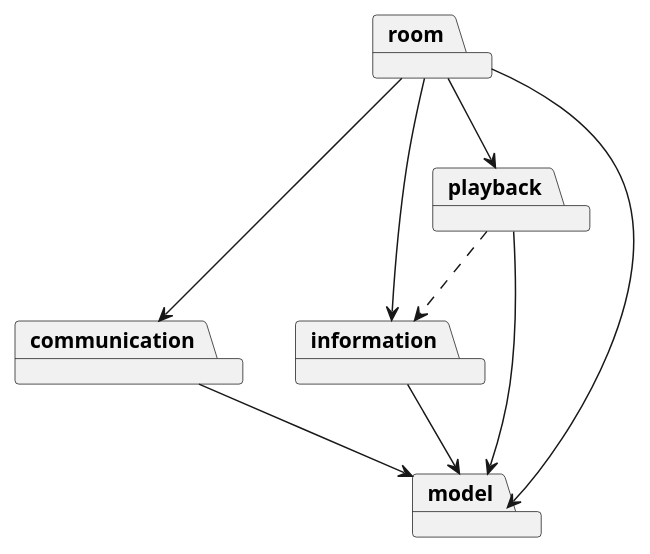
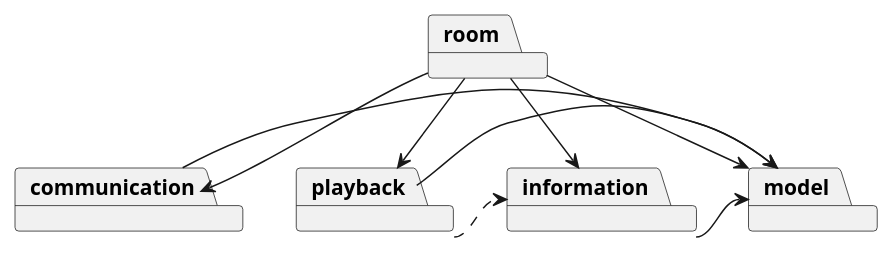
The diagram in docs/uml/class_diagram/general.plantuml (vltmn/qdio), drawn with PlantUML before and after one commit.

Commit message:
added dependencies in general dependency diagram

```diff
--- a/docs/uml/class_diagram/general.plantuml
+++ b/docs/uml/class_diagram/general.plantuml
@@ -1,17 +1,17 @@
 @startuml
 package communication
 package information
 package model
 package playback
 package room
 
 room --> information
 room --> model
 room --> communication
 room --> playback
-communication --> model
-information --> model
-playback --> model
-playback ..> information
+communication -> model
+information -> model
+playback -> model
+playback .> information
 
 @enduml
```
